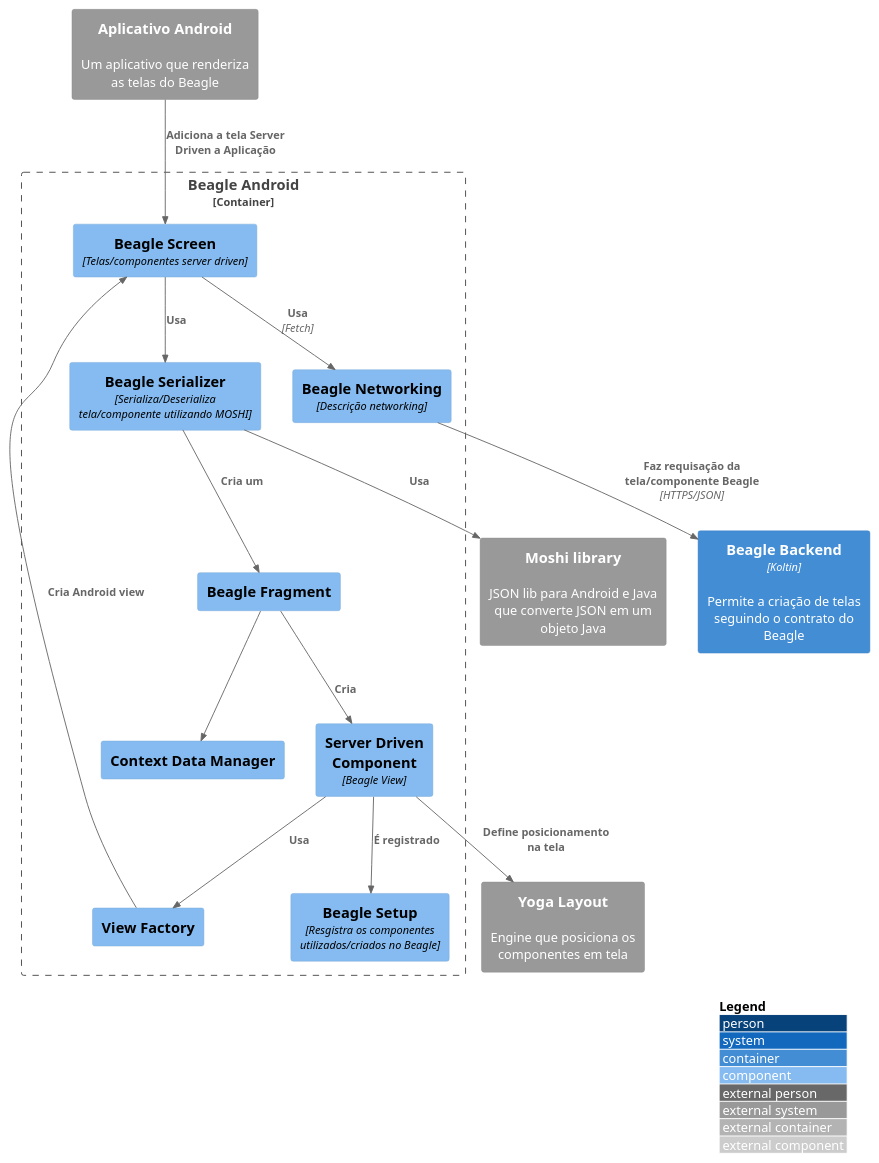
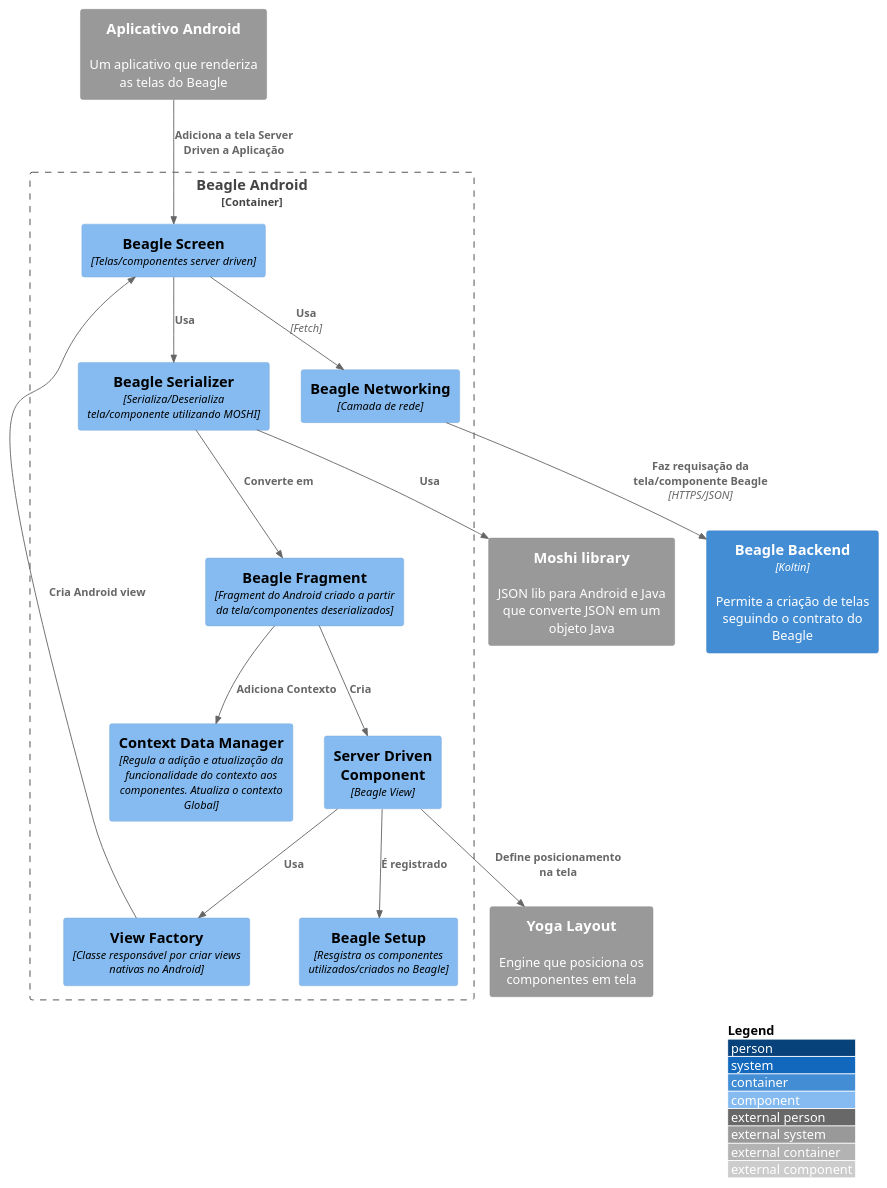
One commit to ZupIT/beagle-c4model changed the diagram in pt-br/src/C3 -  Component/Beagle Android/c3.puml. Above: the diagram before and after it, drawn with PlantUML.

Commit message:
updates android diagram

```diff
--- a/pt-br/src/C3 -  Component/Beagle Android/c3.puml
+++ b/pt-br/src/C3 -  Component/Beagle Android/c3.puml
@@ -1,36 +1,36 @@
 @startuml c2
 !include https://raw.githubusercontent.com/adrianvlupu/C4-PlantUML/latest/C4_Component.puml
 LAYOUT_WITH_LEGEND()
 
 System_Ext(frontend_app, "Aplicativo Android", "Um aplicativo que renderiza as telas do Beagle")
 System_Ext(moshi_lib, "Moshi library", "JSON lib para Android e Java que converte JSON em um objeto Java")
 System_Ext(yoga_layout, "Yoga Layout", "Engine que posiciona os componentes em tela")
 
 Container(beagle_backend, "Beagle Backend", "Koltin", "Permite a criação de telas seguindo o contrato do Beagle")
 
 Container_Boundary(beagle_android, "Beagle Android"){
-  Component(beagle_networking, "Beagle Networking", "Descrição networking")
+  Component(beagle_networking, "Beagle Networking", "Camada de rede")
   Component(beagle_setup, "Beagle Setup", "Resgistra os componentes utilizados/criados no Beagle")
   Component(beagle_screen, "Beagle Screen", "Telas/componentes server driven")
   Component(beagle_serializer, "Beagle Serializer", "Serializa/Deserializa tela/componente utilizando MOSHI")
   Component(server_driven_component, "Server Driven Component", "Beagle View")
-  Component(view_factory, "View Factory", "")
-  Component(beagle_fragment, "Beagle Fragment", "")
-  Component(context_data_manager, "Context Data Manager", "")
-
+  Component(view_factory, "View Factory", "Classe responsável por criar views nativas no Android")
+  Component(beagle_fragment, "Beagle Fragment", "Fragment do Android criado a partir da tela/componentes deserializados")
+  Component(context_data_manager, "Context Data Manager", "Regula a adição e atualização da funcionalidade do contexto aos componentes. Atualiza o contexto Global")
+  
 }
 
-Rel(beagle_fragment, context_data_manager, "")
-Rel(beagle_serializer, beagle_fragment, "Cria um")
+Rel(beagle_fragment, context_data_manager, "Adiciona Contexto")
+Rel(beagle_serializer, beagle_fragment, "Converte em")
 Rel(frontend_app, beagle_screen, "Adiciona a tela Server Driven a Aplicação")
 Rel(beagle_screen, beagle_networking, "Usa", "Fetch")
 Rel(beagle_networking, beagle_backend, "Faz requisação da tela/componente Beagle","HTTPS/JSON")
 Rel(beagle_serializer, moshi_lib, "Usa")
 Rel(beagle_screen, beagle_serializer, "Usa")
 Rel(beagle_fragment, server_driven_component, "Cria")
 Rel(server_driven_component, view_factory, "Usa")
 Rel(view_factory, beagle_screen, "Cria Android view")
 Rel(server_driven_component, beagle_setup, "É registrado")
 Rel(server_driven_component, yoga_layout, "Define posicionamento na tela")
 
 @enduml
```
